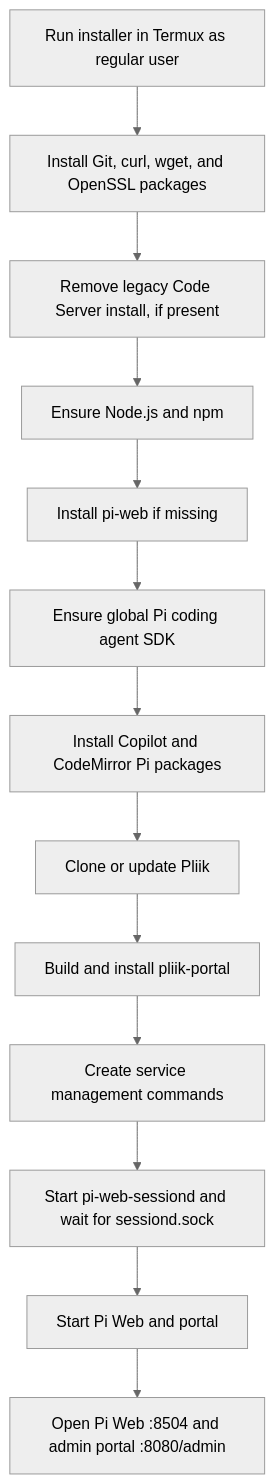
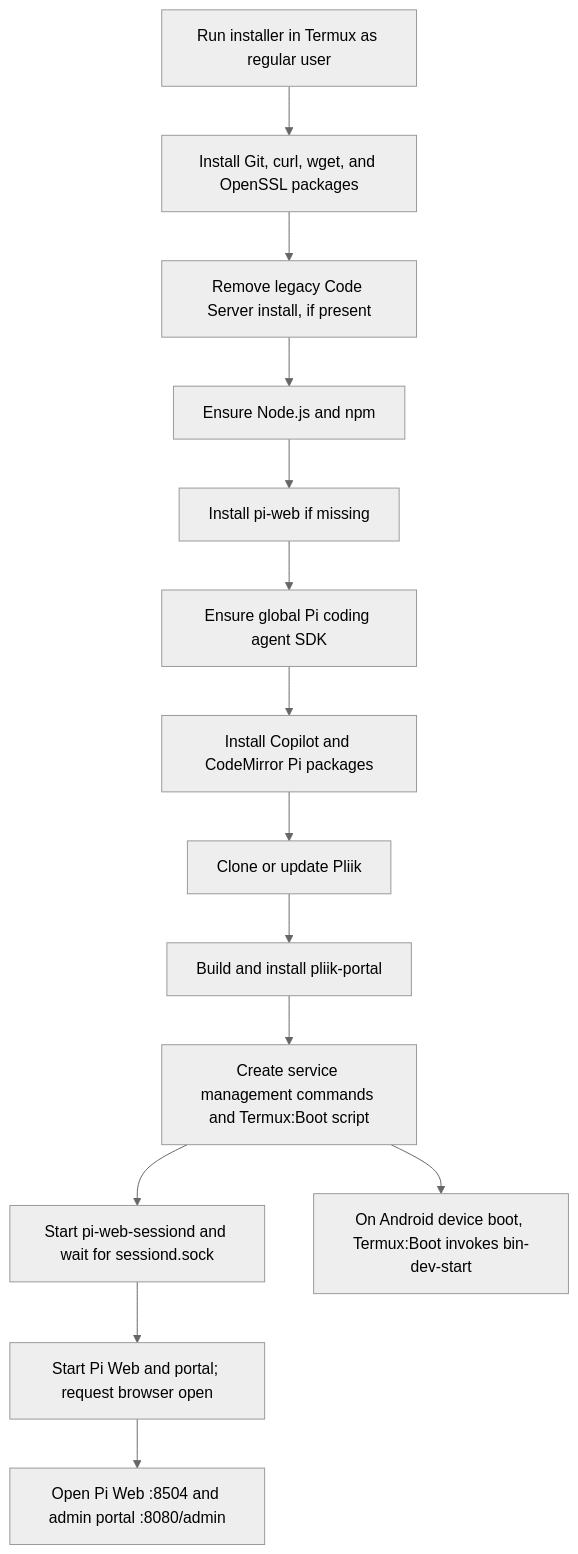
Before and after one commit to mutualendemic/pliik: the second of 2 diagrams in ARCHITECTURE.md, drawn with Mermaid (neutral theme). The commit also changed other lines of this file and 2 other files, not shown here.

Commit message:
Launch portal and configure boot startup

````diff
--- a/ARCHITECTURE.md
+++ b/ARCHITECTURE.md
@@ -52,18 +55,20 @@
 ```mermaid
 flowchart TD
     Start[Run installer in Termux as regular user]
     Base[Install Git, curl, wget, and OpenSSL packages]
     Runtime[Ensure Node.js and npm]
     PiWeb[Install pi-web if missing]
     SDK[Ensure global Pi coding agent SDK]
     PluginPackages[Install Copilot and CodeMirror Pi packages]
     Checkout[Clone or update Pliik]
     LegacyCleanup[Remove legacy Code Server install, if present]
     BuildPortal[Build and install pliik-portal]
-    Commands[Create service management commands]
+    Commands[Create service management commands and Termux:Boot script]
     Sessiond[Start pi-web-sessiond and wait for sessiond.sock]
-    Server[Start Pi Web and portal]
+    Server[Start Pi Web and portal; request browser open]
     Ready[Open Pi Web :8504 and admin portal :8080/admin]
+    Boot[On Android device boot, Termux:Boot invokes bin-dev-start]
 
     Start --> Base --> LegacyCleanup --> Runtime --> PiWeb --> SDK --> PluginPackages --> Checkout --> BuildPortal --> Commands --> Sessiond --> Server --> Ready
+    Commands --> Boot
 ```
````
